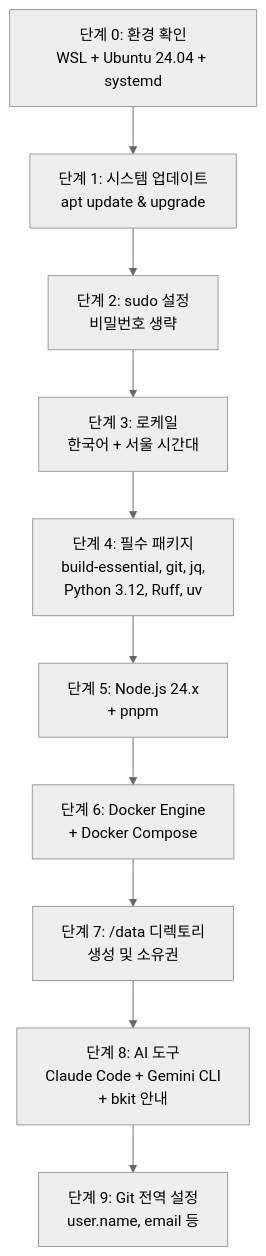
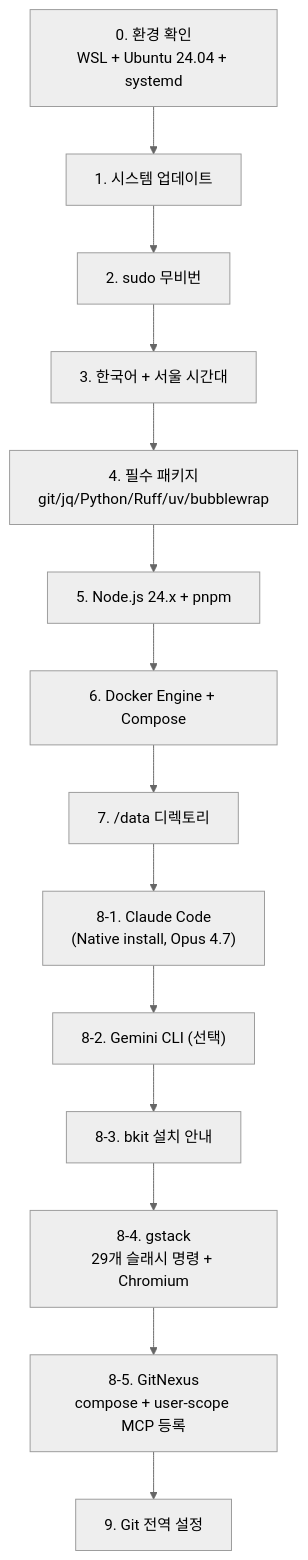
Before and after one commit to s99606931/autovibe: the third of 4 diagrams in guides/00-WSL-환경설정.md, drawn with Mermaid (neutral theme). The commit also changed other lines of this file and 5 other files, not shown here.

First line of the commit message:
feat(av): 6차 PDCA — 4축 통합(CC v2.2 + GitNexus) + clone-to-deploy 가이드

````diff
--- a/guides/00-WSL-환경설정.md
+++ b/guides/00-WSL-환경설정.md
@@ -83,15 +103,20 @@
 ```mermaid
 flowchart TD
-    S0["단계 0: 환경 확인<br/>WSL + Ubuntu 24.04 + systemd"]
-    S1["단계 1: 시스템 업데이트<br/>apt update & upgrade"]
-    S2["단계 2: sudo 설정<br/>비밀번호 생략"]
-    S3["단계 3: 로케일<br/>한국어 + 서울 시간대"]
-    S4["단계 4: 필수 패키지<br/>build-essential, git, jq,<br/>Python 3.12, Ruff, uv"]
-    S5["단계 5: Node.js 24.x<br/>+ pnpm"]
-    S6["단계 6: Docker Engine<br/>+ Docker Compose"]
-    S7["단계 7: /data 디렉토리<br/>생성 및 소유권"]
-    S8["단계 8: AI 도구<br/>Claude Code + Gemini CLI<br/>+ bkit 안내"]
-    S9["단계 9: Git 전역 설정<br/>user.name, email 등"]
+    S0["0. 환경 확인<br/>WSL + Ubuntu 24.04 + systemd"]
+    S1["1. 시스템 업데이트"]
+    S2["2. sudo 무비번"]
+    S3["3. 한국어 + 서울 시간대"]
+    S4["4. 필수 패키지<br/>git/jq/Python/Ruff/uv/bubblewrap"]
+    S5["5. Node.js 24.x + pnpm"]
+    S6["6. Docker Engine + Compose"]
+    S7["7. /data 디렉토리"]
+    S81["8-1. Claude Code<br/>(Native install, Opus 4.7)"]
+    S82["8-2. Gemini CLI (선택)"]
+    S83["8-3. bkit 설치 안내"]
+    S84["8-4. gstack<br/>29개 슬래시 명령 + Chromium"]
+    S85["8-5. GitNexus<br/>compose + user-scope MCP 등록"]
+    S9["9. Git 전역 설정"]
 
-    S0 --> S1 --> S2 --> S3 --> S4 --> S5 --> S6 --> S7 --> S8 --> S9
+    S0 --> S1 --> S2 --> S3 --> S4 --> S5 --> S6 --> S7
+    S7 --> S81 --> S82 --> S83 --> S84 --> S85 --> S9
 ```
````
